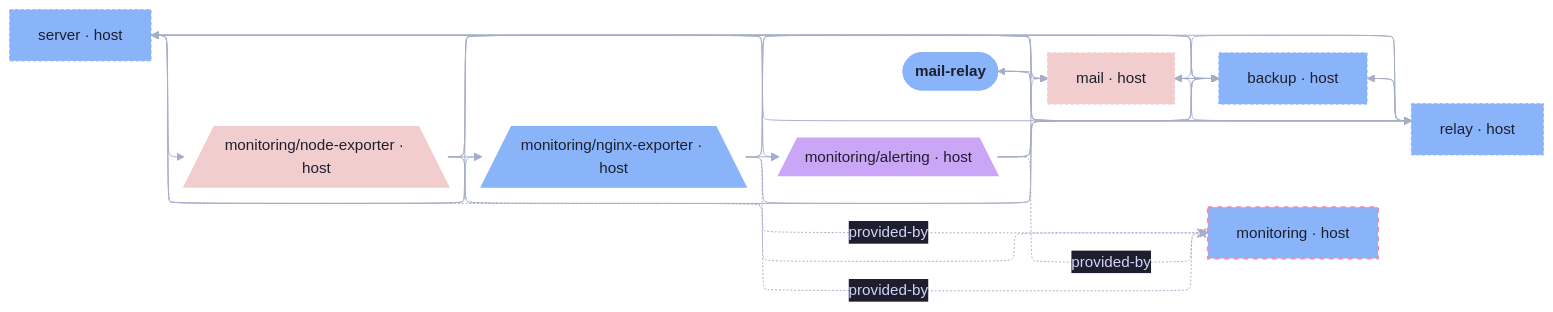
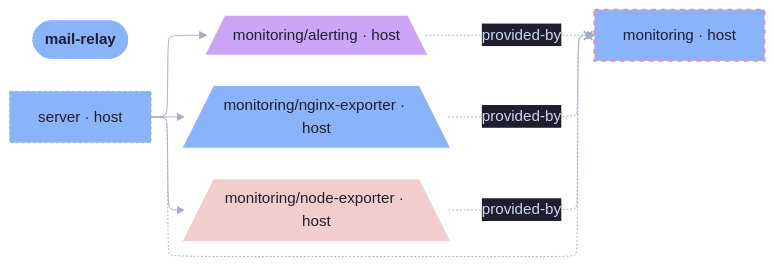
The diagram in templates/diag-fx-demo/diagrams/mail-relay-adapters.md (sini/den), drawn with Mermaid before and after one commit. The commit also changed 849 other files, not shown here.

Commit message:
chore: update fx diagrams

````diff
--- a/templates/diag-fx-demo/diagrams/mail-relay-adapters.md
+++ b/templates/diag-fx-demo/diagrams/mail-relay-adapters.md
@@ -5,58 +5,25 @@
 ```mermaid
 %%{init: {"elk":{"mergeEdges":true,"nodePlacementStrategy":"BRANDES_KOEPF"},"layout":"elk","theme":"base","themeVariables":{"activationBkgColor":"#313244","activationBorderColor":"#6c7086","actorBkg":"#313244","actorBorder":"#a6adc8","actorLineColor":"#a6adc8","actorTextColor":"#cdd6f4","background":"#1e1e2e","classText":"#cdd6f4","clusterBkg":"#313244","clusterBorder":"#6c7086","edgeLabelBackground":"#1e1e2e","labelBoxBkgColor":"#313244","labelBoxBorderColor":"#a6adc8","labelTextColor":"#cdd6f4","lineColor":"#a6adc8","loopTextColor":"#cdd6f4","mainBkg":"#313244","nodeBkg":"#313244","nodeBorder":"#a6adc8","nodeTextColor":"#cdd6f4","noteBkgColor":"#313244","noteBorderColor":"#6c7086","noteTextColor":"#cdd6f4","pie1":"#f38ba8","pie2":"#fab387","pie3":"#f9e2af","pie4":"#a6e3a1","pie5":"#94e2d5","pie6":"#89b4fa","pie7":"#cba6f7","pie8":"#f2cdcd","pieLegendTextColor":"#cdd6f4","pieOuterStrokeColor":"#6c7086","pieSectionTextColor":"#cdd6f4","pieStrokeColor":"#6c7086","pieTitleTextColor":"#cdd6f4","primaryBorderColor":"#a6adc8","primaryColor":"#313244","primaryTextColor":"#cdd6f4","secondBkg":"#313244","secondaryBorderColor":"#6c7086","secondaryColor":"#313244","secondaryTextColor":"#cdd6f4","sequenceNumberColor":"#1e1e2e","signalColor":"#a6adc8","signalTextColor":"#cdd6f4","tertiaryBorderColor":"#6c7086","tertiaryColor":"#313244","tertiaryTextColor":"#cdd6f4","textColor":"#cdd6f4","titleColor":"#cdd6f4"}}}%%
 graph LR
   mail_relay([mail-relay]):::root
   monitoring__alerting[/"monitoring/alerting · host"\]:::monitoring__alerting_c
-  backup["backup · host"]:::backup_c
-  mail["mail · host"]:::mail_c
   monitoring["monitoring · host"]:::monitoring_c
   monitoring__nginx_exporter[/"monitoring/nginx-exporter · host"\]:::monitoring__nginx_exporter_c
   monitoring__node_exporter[/"monitoring/node-exporter · host"\]:::monitoring__node_exporter_c
-  relay["relay · host"]:::relay_c
   server["server · host"]:::server_c
 
-  backup --> mail
-  backup --> relay
-  backup --> server
-  mail --> backup
-  mail_relay --> backup
-  monitoring__alerting --> backup
-  monitoring__nginx_exporter --> backup
-  monitoring__node_exporter --> backup
-  relay --> backup
-  server --> backup
-  mail_relay --> mail
-  monitoring__alerting --> mail
-  monitoring__nginx_exporter --> mail
-  monitoring__node_exporter --> mail
-  relay --> mail
-  server --> mail
-  mail --> relay
-  mail_relay --> relay
-  monitoring__alerting --> relay
-  monitoring__nginx_exporter --> relay
-  monitoring__node_exporter --> relay
-  server --> relay
-  monitoring__nginx_exporter --> monitoring__alerting
-  monitoring__node_exporter --> monitoring__nginx_exporter
-  relay --> mail_relay
-  relay --> server
   server --> monitoring__alerting
   server -.-x monitoring
   server --> monitoring__nginx_exporter
   server --> monitoring__node_exporter
   monitoring__node_exporter -.->|provided-by| monitoring
   monitoring__nginx_exporter -.->|provided-by| monitoring
   monitoring__alerting -.->|provided-by| monitoring
 
   classDef root fill:#89b4fa,stroke:#89b4fa,color:#1e1e2e,font-weight:bold
   classDef monitoring__alerting_c fill:#cba6f7,stroke:#cba6f7,color:#1e1e2e,stroke-width:2px
-  classDef backup_c fill:#89b4fa,stroke:#89b4fa,color:#1e1e2e,stroke-dasharray: 3 3,stroke-width:1px
-  classDef mail_c fill:#f2cdcd,stroke:#f2cdcd,color:#1e1e2e,stroke-dasharray: 3 3,stroke-width:1px
-  classDef mail_relay_c fill:#cba6f7,stroke:#cba6f7,color:#1e1e2e,stroke-width:3px
   classDef monitoring_c fill:#89b4fa,stroke:#f38ba8,color:#1e1e2e,stroke-dasharray: 5 5,stroke-width:2px
   classDef monitoring__nginx_exporter_c fill:#89b4fa,stroke:#89b4fa,color:#1e1e2e,stroke-width:2px
   classDef monitoring__node_exporter_c fill:#f2cdcd,stroke:#f2cdcd,color:#1e1e2e,stroke-width:2px
-  classDef relay_c fill:#89b4fa,stroke:#89b4fa,color:#1e1e2e,stroke-dasharray: 3 3,stroke-width:1px
   classDef server_c fill:#89b4fa,stroke:#89b4fa,color:#1e1e2e,stroke-dasharray: 3 3,stroke-width:1px
 ```
````
